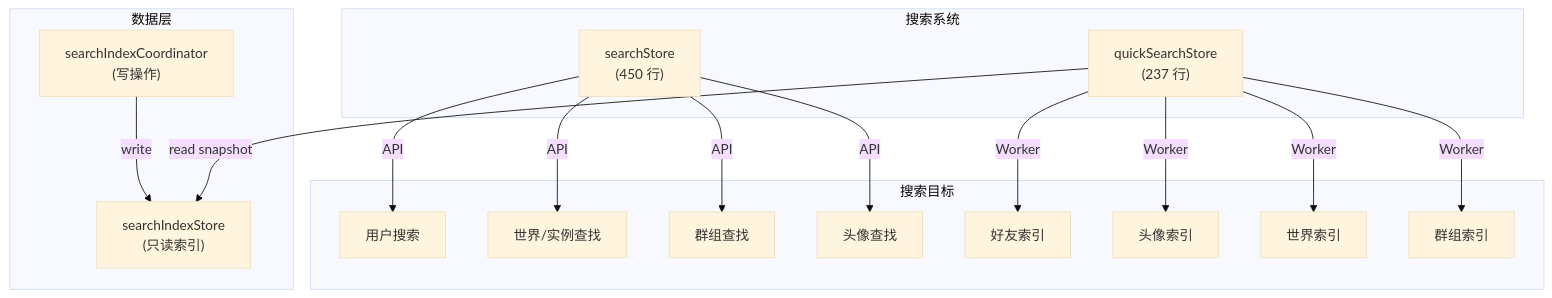
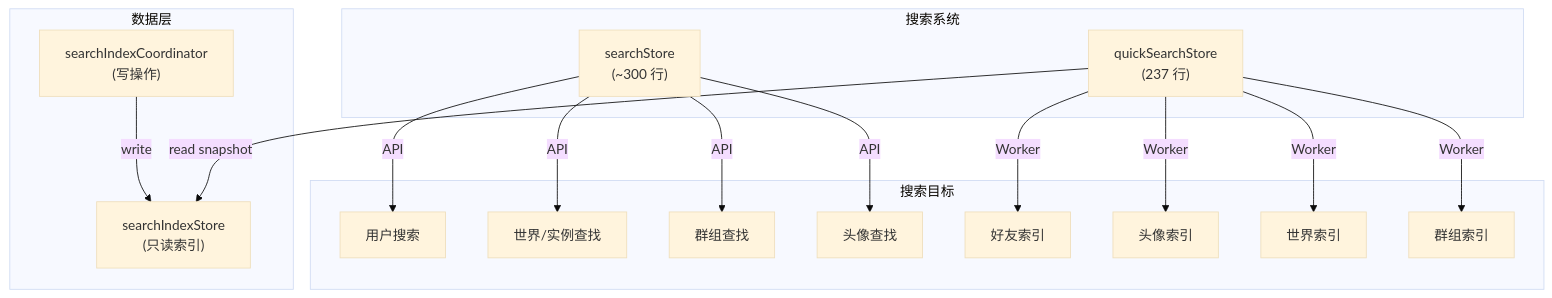
The first of 3 diagrams in zh/modules/search-system.md (Map1en/vrcx-docs), drawn with Mermaid (base theme) before and after one commit. The commit also changed other lines of this file and 5 other files, not shown here.

````diff
--- a/zh/modules/search-system.md
+++ b/zh/modules/search-system.md
@@ -5,26 +5,26 @@
 ```mermaid
 graph TB
     subgraph "搜索系统"
-        SearchStore["searchStore<br/>(450 行)"]
+        SearchStore["searchStore<br/>(~300 行)"]
         QuickSearch["quickSearchStore<br/>(237 行)"]
     end
 
     subgraph "数据层"
         SearchIndex["searchIndexStore<br/>(只读索引)"]
         Coordinator["searchIndexCoordinator<br/>(写操作)"]
     end
 
     subgraph "搜索目标"
         SearchStore -->|API| UserSearch["用户搜索"]
         SearchStore -->|API| WorldSearch["世界/实例查找"]
         SearchStore -->|API| GroupSearch["群组查找"]
         SearchStore -->|API| AvatarSearch["头像查找"]
         QuickSearch -->|Worker| Friends["好友索引"]
         QuickSearch -->|Worker| Avatars["头像索引"]
         QuickSearch -->|Worker| Worlds["世界索引"]
         QuickSearch -->|Worker| Groups["群组索引"]
     end
 
     Coordinator -->|write| SearchIndex
     QuickSearch -->|read snapshot| SearchIndex
 ```
````
